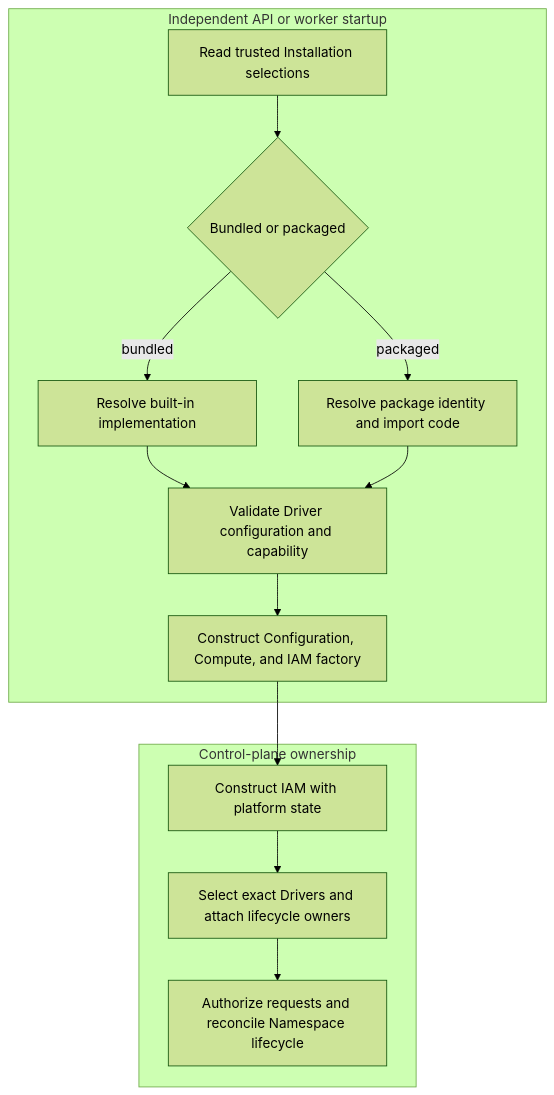
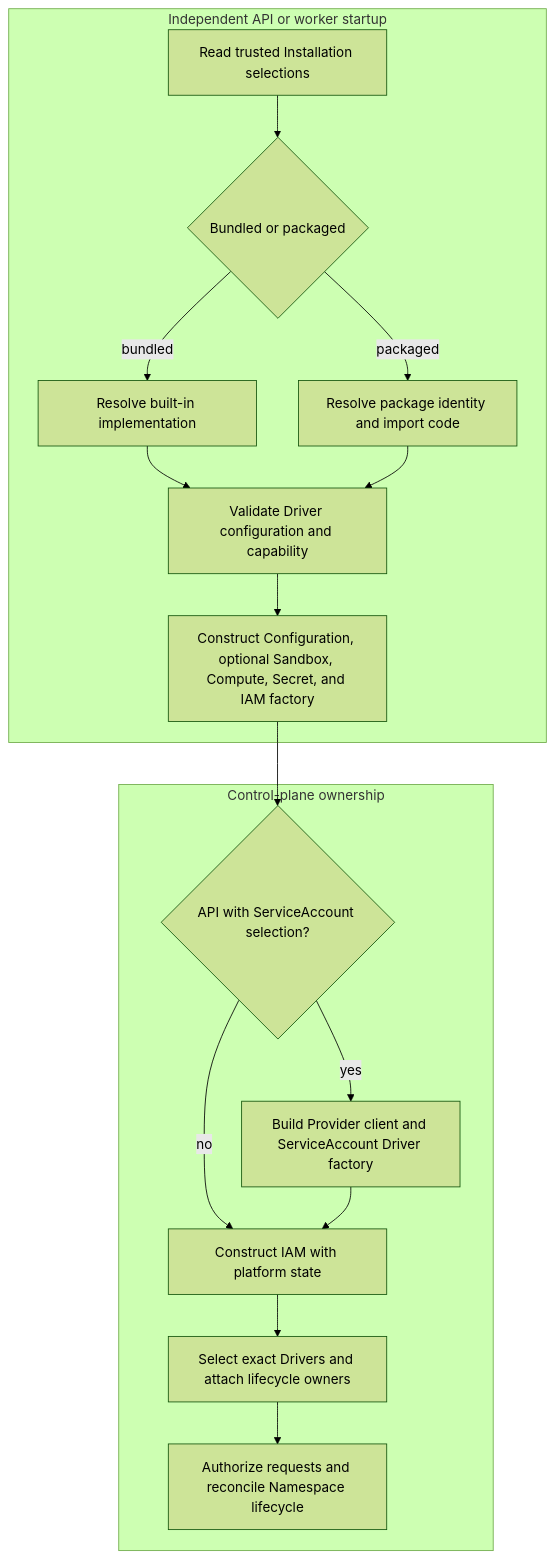
The diagram in docs/flows/driver-plugin-loading.md (IsaiahStapleton/openclaw-enterprise), drawn with Mermaid (forest theme) before and after one commit. The commit also changed other lines of this file and 23 other files, not shown here.

Commit message:
docs: consolidate and correct runtime flow documentation

````diff
--- a/docs/flows/driver-plugin-loading.md
+++ b/docs/flows/driver-plugin-loading.md
@@ -30,17 +32,20 @@
 ```mermaid
 graph TD
   subgraph Startup["Independent API or worker startup"]
     A["Read trusted Installation selections"] --> B{"Bundled or packaged"}
     B -->|bundled| C["Resolve built-in implementation"]
     B -->|packaged| D["Resolve package identity and import code"]
     C --> E["Validate Driver configuration and capability"]
     D --> E
-    E --> F["Construct Configuration, Compute, and IAM factory"]
+    E --> F["Construct Configuration, optional Sandbox, Compute, Secret, and IAM factory"]
   end
 
   subgraph OCC["Control-plane ownership"]
-    F --> G["Construct IAM with platform state"]
+    F --> P{"API with ServiceAccount selection?"}
+    P -->|yes| Q["Build Provider client and ServiceAccount Driver factory"]
+    P -->|no| G["Construct IAM with platform state"]
+    Q --> G
     G --> H["Select exact Drivers and attach lifecycle owners"]
     H --> I["Authorize requests and reconcile Namespace lifecycle"]
   end
 ```
````
